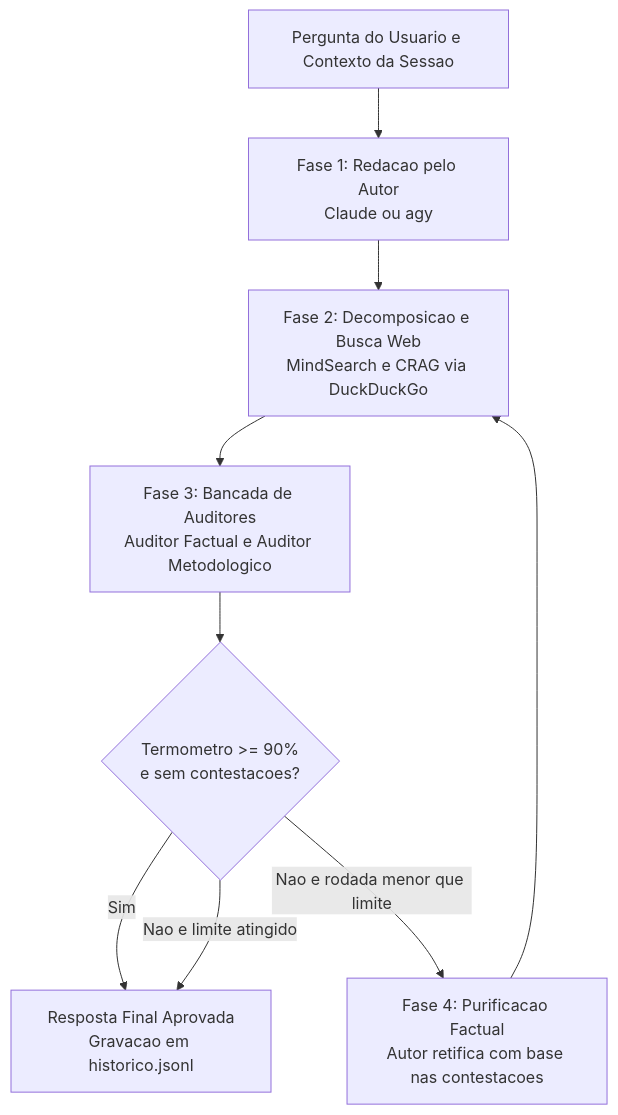
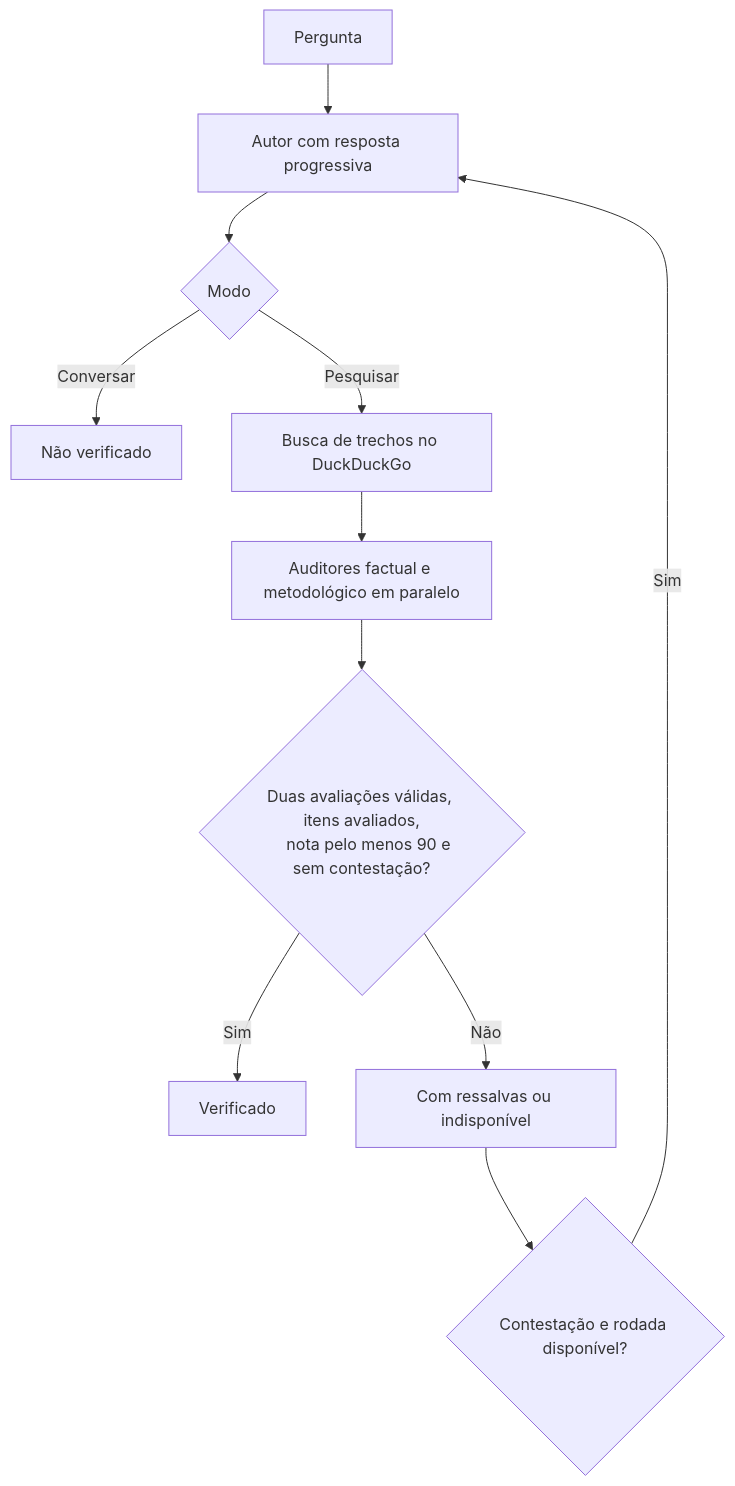
One commit to felipintoslv/jangada changed the diagram in docs/conversa-de-pescador.md. Above: the diagram before and after it, drawn with Mermaid. The commit also changed other lines of this file and 16 other files, not shown here.

````diff
--- a/docs/conversa-de-pescador.md
+++ b/docs/conversa-de-pescador.md
@@ -17,11 +17,14 @@
 ```mermaid
 flowchart TD
-    A[Pergunta do Usuario e Contexto da Sessao] --> B[Fase 1: Redacao pelo Autor<br>Claude ou agy]
-    B --> C[Fase 2: Decomposicao e Busca Web<br>MindSearch e CRAG via DuckDuckGo]
-    C --> D[Fase 3: Bancada de Auditores<br>Auditor Factual e Auditor Metodologico]
-    D --> E{Termometro >= 90%<br>e sem contestacoes?}
-    E -- Sim --> F[Resposta Final Aprovada<br>Gravacao em historico.jsonl]
-    E -- Nao e rodada menor que limite --> G[Fase 4: Purificacao Factual<br>Autor retifica com base nas contestacoes]
-    G --> C
-    E -- Nao e limite atingido --> F
+    A[Pergunta] --> B[Autor com resposta progressiva]
+    B --> C{Modo}
+    C -->|Conversar| D[Não verificado]
+    C -->|Pesquisar| E[Busca de trechos no DuckDuckGo]
+    E --> F[Auditores factual e metodológico em paralelo]
+    F --> G{Duas avaliações válidas, itens avaliados,
+    nota pelo menos 90 e sem contestação?}
+    G -->|Sim| H[Verificado]
+    G -->|Não| I[Com ressalvas ou indisponível]
+    I --> J{Contestação e rodada disponível?}
+    J -->|Sim| B
 ```
````
